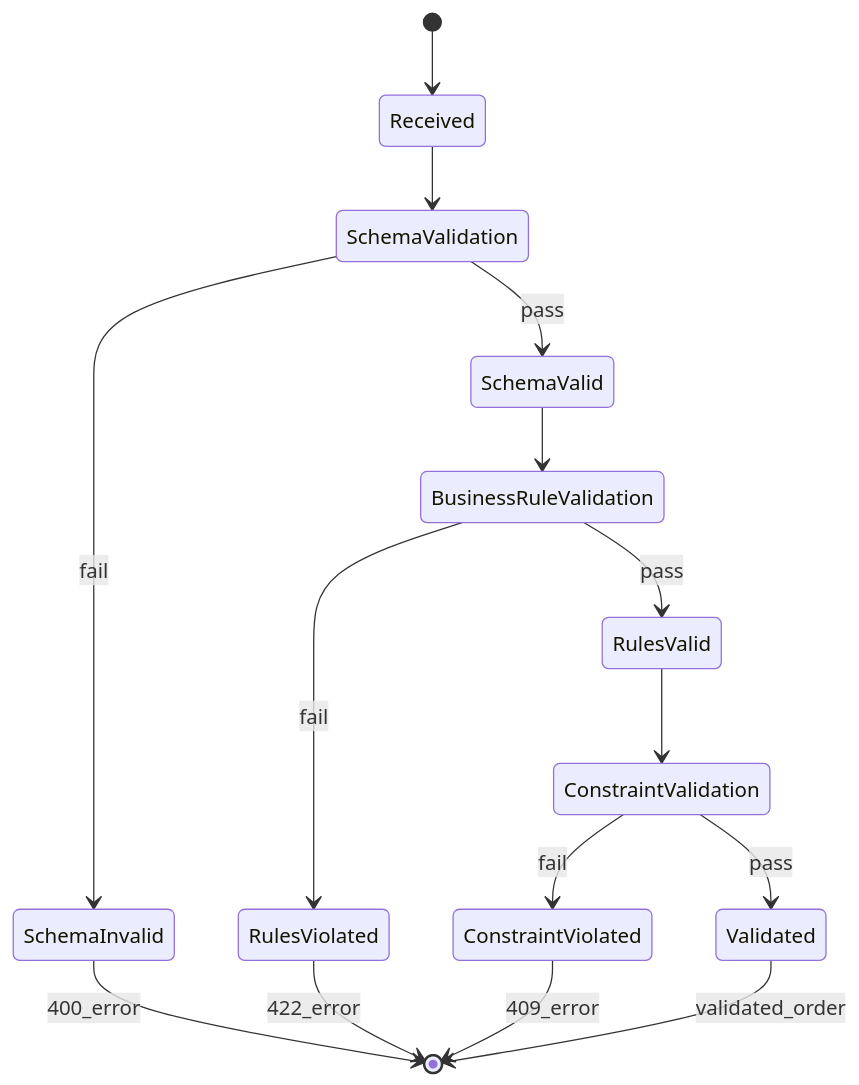
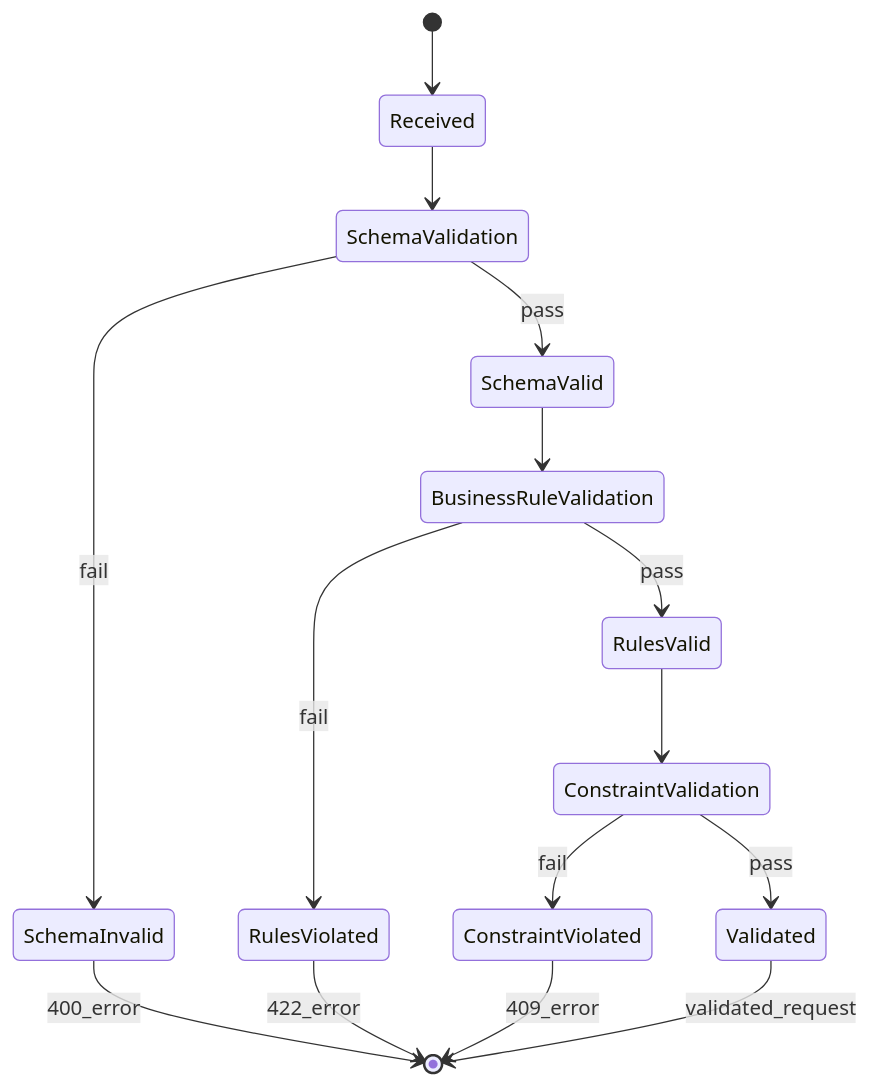
Before and after one commit to vladm3105/aidoc-flow-framework: the diagram in ai_dev_flow/REQ/examples/data/REQ-002_data_validation_example.md, drawn with Mermaid. The commit also changed other lines of this file and 131 other files, not shown here.

````diff
--- a/ai_dev_flow/REQ/examples/data/REQ-002_data_validation_example.md
+++ b/ai_dev_flow/REQ/examples/data/REQ-002_data_validation_example.md
@@ -219,20 +219,20 @@
 ```mermaid
 stateDiagram-v2
     [*] --> Received
     Received --> SchemaValidation
     SchemaValidation --> SchemaValid: pass
     SchemaValidation --> SchemaInvalid: fail
     SchemaInvalid --> [*]: 400_error
 
     SchemaValid --> BusinessRuleValidation
     BusinessRuleValidation --> RulesValid: pass
     BusinessRuleValidation --> RulesViolated: fail
     RulesViolated --> [*]: 422_error
 
     RulesValid --> ConstraintValidation
     ConstraintValidation --> Validated: pass
     ConstraintValidation --> ConstraintViolated: fail
     ConstraintViolated --> [*]: 409_error
 
-    Validated --> [*]: validated_order
+    Validated --> [*]: validated_request
 ```
````
